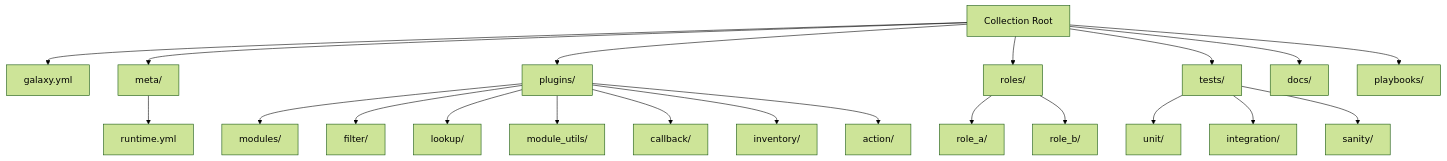
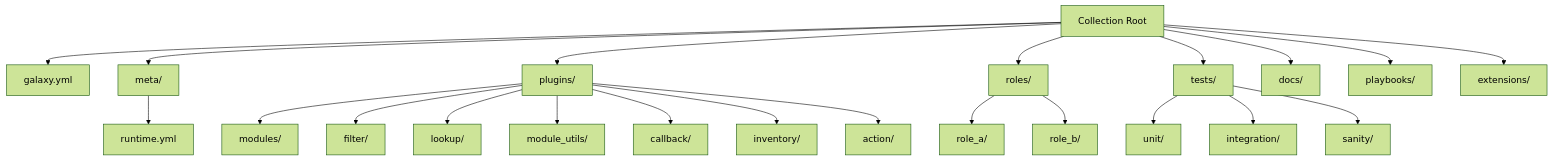
One commit to OneUptime/blog changed the diagram in posts/2026-02-21-how-to-structure-an-ansible-collection-directory/README.md. Above: the diagram before and after it, drawn with Mermaid (forest theme). The commit also changed other lines of this file and 2 other files, not shown here.

````diff
--- a/posts/2026-02-21-how-to-structure-an-ansible-collection-directory/README.md
+++ b/posts/2026-02-21-how-to-structure-an-ansible-collection-directory/README.md
@@ -412,27 +422,28 @@
 ```mermaid
 graph TD
     A[Collection Root] --> B[galaxy.yml]
     A --> C[meta/]
     A --> D[plugins/]
     A --> E[roles/]
     A --> F[tests/]
     A --> G[docs/]
     A --> H[playbooks/]
+    A --> I[extensions/]
 
     C --> C1[runtime.yml]
 
     D --> D1[modules/]
     D --> D2[filter/]
     D --> D3[lookup/]
     D --> D4[module_utils/]
     D --> D5[callback/]
     D --> D6[inventory/]
     D --> D7[action/]
 
     E --> E1[role_a/]
     E --> E2[role_b/]
 
     F --> F1[unit/]
     F --> F2[integration/]
     F --> F3[sanity/]
 ```
````
